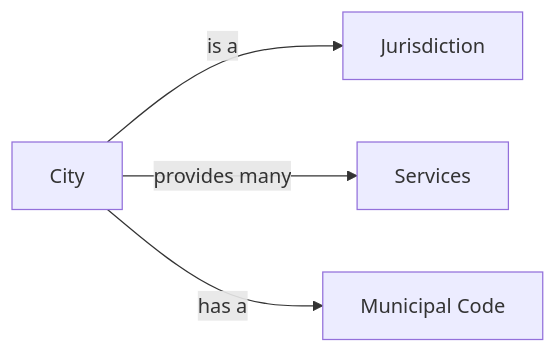
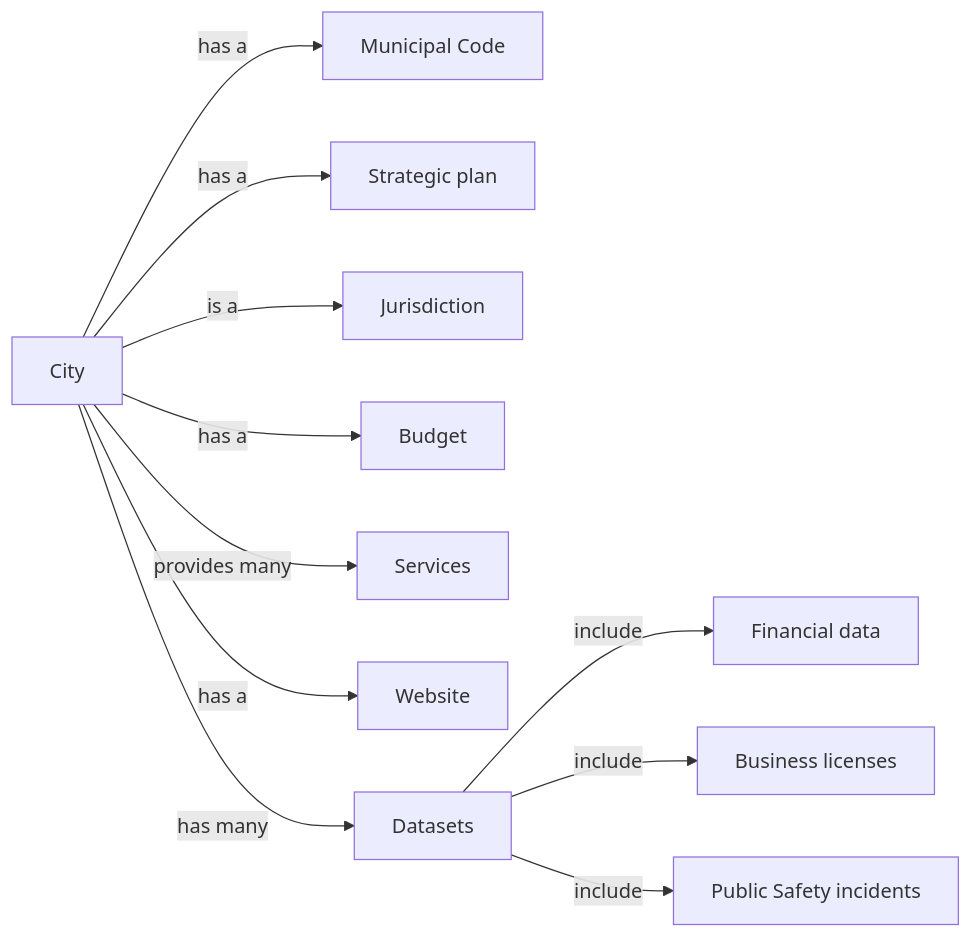
The diagram in docs/city-ontology.md (afomi/civiclinks), drawn with Mermaid before and after one commit.

Commit message:
update city ontology

````diff
--- a/docs/city-ontology.md
+++ b/docs/city-ontology.md
@@ -3,11 +3,23 @@
 ```mermaid
 
 graph LR
 
   MC[Municipal Code]
+  SP[Strategic plan]
+  FD[Financial data]
+  BL[Business licenses]
+  PSI[Public Safety incidents]
 
   City --> |is a | Jurisdiction
+  City --> |has a | Budget
+  City --> |has a | SP
   City --> | provides many | Services
   City --> | has a | MC
+  City --> | has a | Website
+  City --> | has many | Datasets
+
+  Datasets --> |include| FD
+  Datasets --> |include| BL
+  Datasets --> |include| PSI
 
 ```
````
